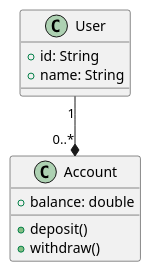
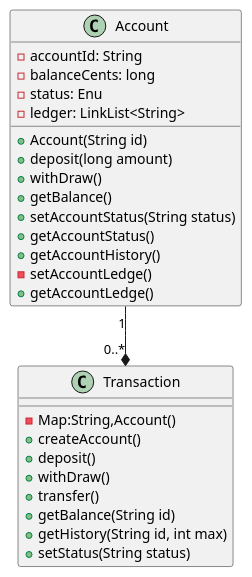
One commit to anthonylavell/Java-Projects changed the diagram in LeetCode/banking.puml. Above: the diagram before and after it, drawn with PlantUML. The commit also changed 9 other files, not shown here.

```diff
--- a/LeetCode/banking.puml
+++ b/LeetCode/banking.puml
@@ -1,14 +1,31 @@
 @startuml
-class User {
-  +id: String
-  +name: String
+
+class Account {
+  -accountId: String
+  -balanceCents: long
+  -status: Enu
+  -ledger: LinkList<String>
+  +Account(String id)
+  +deposit(long amount)
+  +withDraw()
+  +getBalance()
+  +setAccountStatus(String status)
+  +getAccountStatus()
+  +getAccountHistory()
+  -setAccountLedge()
+  +getAccountLedge()
 }
 
-class Account {
-  +balance: double
+class Transaction {
+  -Map:String,Account()
+  +createAccount()
   +deposit()
-  +withdraw()
+  +withDraw()
+  +transfer()
+  +getBalance(String id)
+  +getHistory(String id, int max)
+  +setStatus(String status)
 }
 
-User "1" --* "0..*" Account
+Account "1" --* "0..*" Transaction
 @enduml
```
